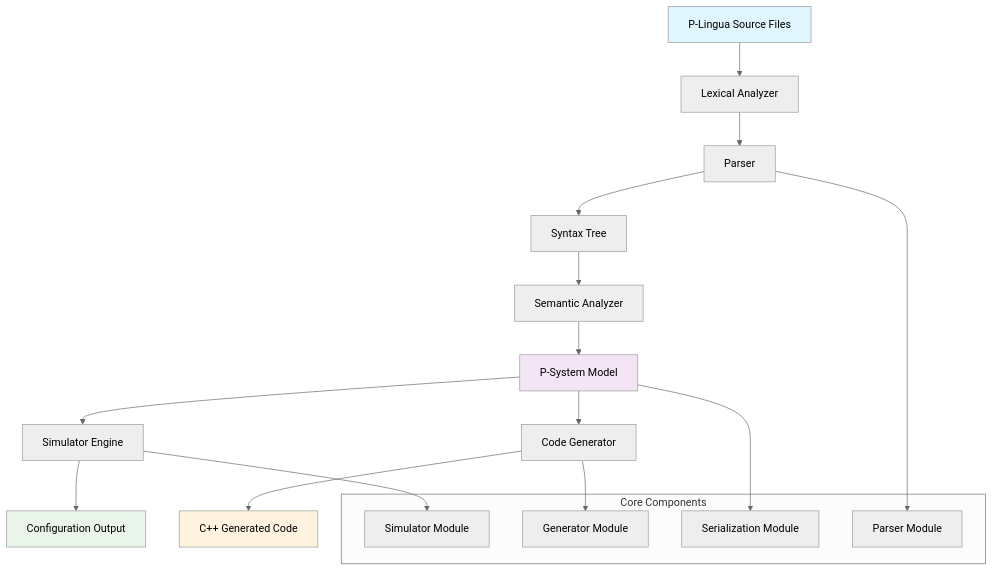
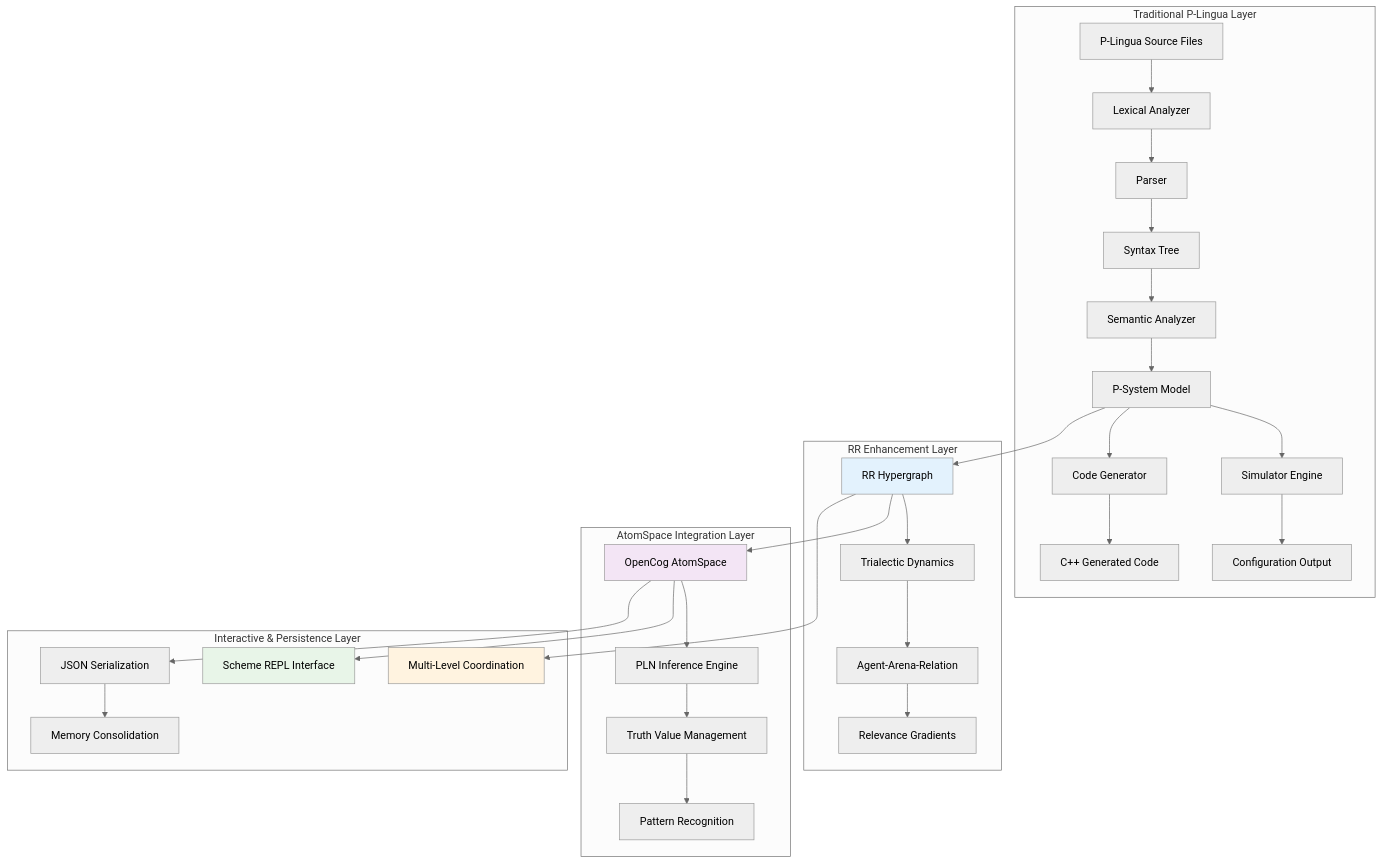
Before and after one commit to RegimA-Zone/skin9ml: the first of 11 diagrams in docs/ARCHITECTURE.md, drawn with Mermaid (neutral theme). The commit also changed other lines of this file and 6 other files, not shown here.

Commit message:
Comprehensive RR-RNN documentation with architecture diagrams and examples

````diff
--- a/docs/ARCHITECTURE.md
+++ b/docs/ARCHITECTURE.md
@@ -9,29 +15,55 @@
 ```mermaid
 graph TD
-    A[P-Lingua Source Files] --> B[Lexical Analyzer]
-    B --> C[Parser]
-    C --> D[Syntax Tree]
-    D --> E[Semantic Analyzer]
-    E --> F[P-System Model]
-    F --> G[Simulator Engine]
-    F --> H[Code Generator]
-    G --> I[Configuration Output]
-    H --> J[C++ Generated Code]
-    
-    subgraph "Core Components"
-        K[Parser Module]
-        L[Simulator Module] 
-        M[Generator Module]
-        N[Serialization Module]
+    subgraph "Traditional P-Lingua Layer"
+        A[P-Lingua Source Files] --> B[Lexical Analyzer]
+        B --> C[Parser]
+        C --> D[Syntax Tree]
+        D --> E[Semantic Analyzer]
+        E --> F[P-System Model]
+        F --> G[Simulator Engine]
+        F --> H[Code Generator]
+        G --> I[Configuration Output]
+        H --> J[C++ Generated Code]
     end
     
-    C --> K
-    G --> L
-    H --> M
-    F --> N
+    subgraph "RR Enhancement Layer"
+        K[RR Hypergraph]
+        L[Trialectic Dynamics]
+        M[Agent-Arena-Relation]
+        N[Relevance Gradients]
+    end
     
-    style A fill:#e1f5fe
-    style F fill:#f3e5f5
-    style I fill:#e8f5e8
-    style J fill:#fff3e0
+    subgraph "AtomSpace Integration Layer"
+        O[OpenCog AtomSpace]
+        P[PLN Inference Engine]
+        Q[Truth Value Management]
+        R[Pattern Recognition]
+    end
+    
+    subgraph "Interactive & Persistence Layer"
+        S[Scheme REPL Interface]
+        T[JSON Serialization]
+        U[Memory Consolidation]
+        V[Multi-Level Coordination]
+    end
+    
+    F --> K
+    K --> L
+    L --> M
+    M --> N
+    
+    K --> O
+    O --> P
+    P --> Q
+    Q --> R
+    
+    O --> S
+    O --> T
+    T --> U
+    K --> V
+    
+    style K fill:#e3f2fd
+    style O fill:#f3e5f5
+    style S fill:#e8f5e8
+    style V fill:#fff3e0
 ```
````
